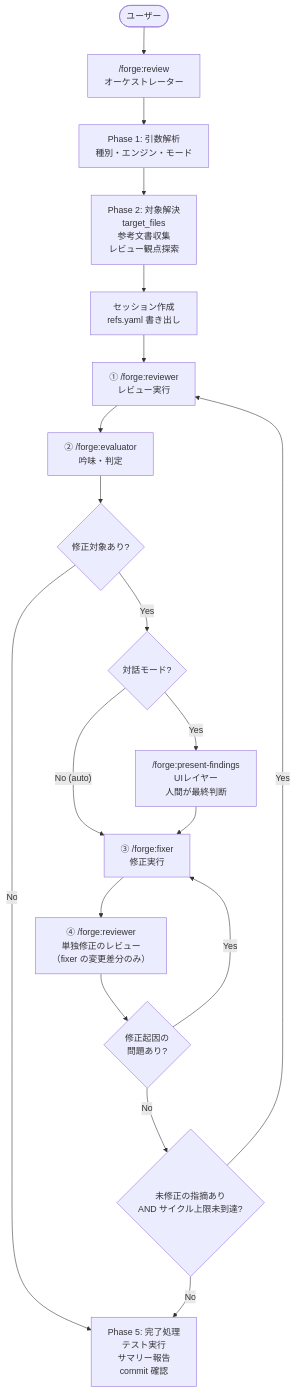
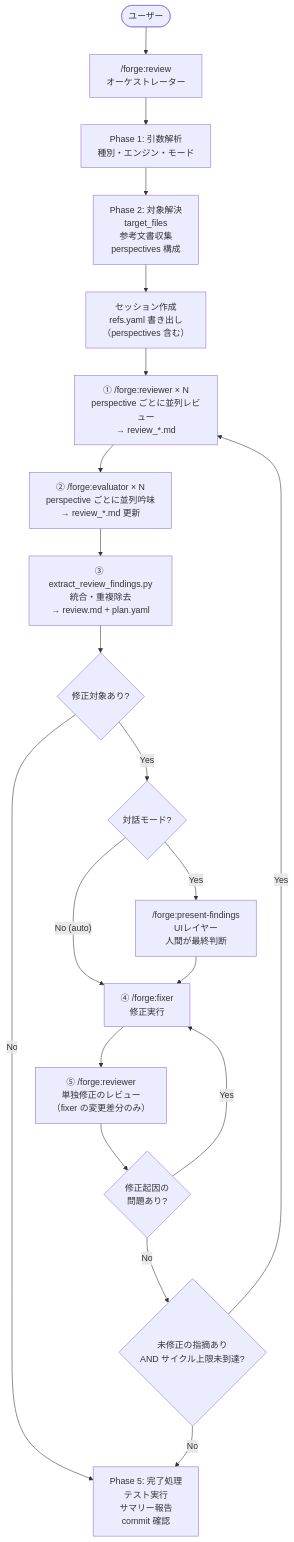
The first of 2 diagrams in docs/specs/forge/design/review_workflow_design.md (BlueEventHorizon/bw-cc-plugins), drawn with Mermaid before and after one commit. The commit also changed other lines of this file and 14 other files, not shown here.

First line of the commit message:
feat: implement perspective-based review architecture (TASK-007~012)

````diff
--- a/docs/specs/forge/design/review_workflow_design.md
+++ b/docs/specs/forge/design/review_workflow_design.md
@@ -44,36 +44,38 @@
 ```mermaid
 flowchart TD
     User([ユーザー]) --> ORCHESTRATOR
 
     ORCHESTRATOR["/forge:review<br>オーケストレーター"] --> PARSE
 
     PARSE["Phase 1: 引数解析<br>種別・エンジン・モード"] --> RESOLVE
 
-    RESOLVE["Phase 2: 対象解決<br>target_files<br>参考文書収集<br>レビュー観点探索"] --> SESSION
+    RESOLVE["Phase 2: 対象解決<br>target_files<br>参考文書収集<br>perspectives 構成"] --> SESSION
 
-    SESSION["セッション作成<br>refs.yaml 書き出し"] --> REVIEWER
+    SESSION["セッション作成<br>refs.yaml 書き出し<br>（perspectives 含む）"] --> REVIEWERS
 
-    REVIEWER["① /forge:reviewer<br>レビュー実行"] --> EVALUATOR
+    REVIEWERS["① /forge:reviewer × N<br>perspective ごとに並列レビュー<br>→ review_*.md"] --> EVALUATORS
 
-    EVALUATOR["② /forge:evaluator<br>吟味・判定"] --> FIX_CHECK
+    EVALUATORS["② /forge:evaluator × N<br>perspective ごとに並列吟味<br>→ review_*.md 更新"] --> EXTRACT
+
+    EXTRACT["③ extract_review_findings.py<br>統合・重複除去<br>→ review.md + plan.yaml"] --> FIX_CHECK
 
     FIX_CHECK{修正対象あり?} -->|"No"| COMPLETE
     FIX_CHECK -->|"Yes"| MODE_CHECK
 
     MODE_CHECK{対話モード?} -->|"Yes"| PRESENT
     MODE_CHECK -->|"No (auto)"| FIXER
 
     PRESENT["/forge:present-findings<br>UIレイヤー<br>人間が最終判断"] --> FIXER
 
-    FIXER["③ /forge:fixer<br>修正実行"] --> RE_REVIEW
+    FIXER["④ /forge:fixer<br>修正実行"] --> RE_REVIEW
 
-    RE_REVIEW["④ /forge:reviewer<br>単独修正のレビュー<br>（fixer の変更差分のみ）"] --> FIX_ISSUE_CHECK
+    RE_REVIEW["⑤ /forge:reviewer<br>単独修正のレビュー<br>（fixer の変更差分のみ）"] --> FIX_ISSUE_CHECK
 
     FIX_ISSUE_CHECK{修正起因の<br>問題あり?} -->|"Yes"| FIXER
     FIX_ISSUE_CHECK -->|"No"| CYCLE_CHECK
 
-    CYCLE_CHECK{未修正の指摘あり<br>AND サイクル上限未到達?} -->|"Yes"| REVIEWER
+    CYCLE_CHECK{未修正の指摘あり<br>AND サイクル上限未到達?} -->|"Yes"| REVIEWERS
     CYCLE_CHECK -->|"No"| COMPLETE
 
     COMPLETE["Phase 5: 完了処理<br>テスト実行<br>サマリー報告<br>commit 確認"]
 ```
````
